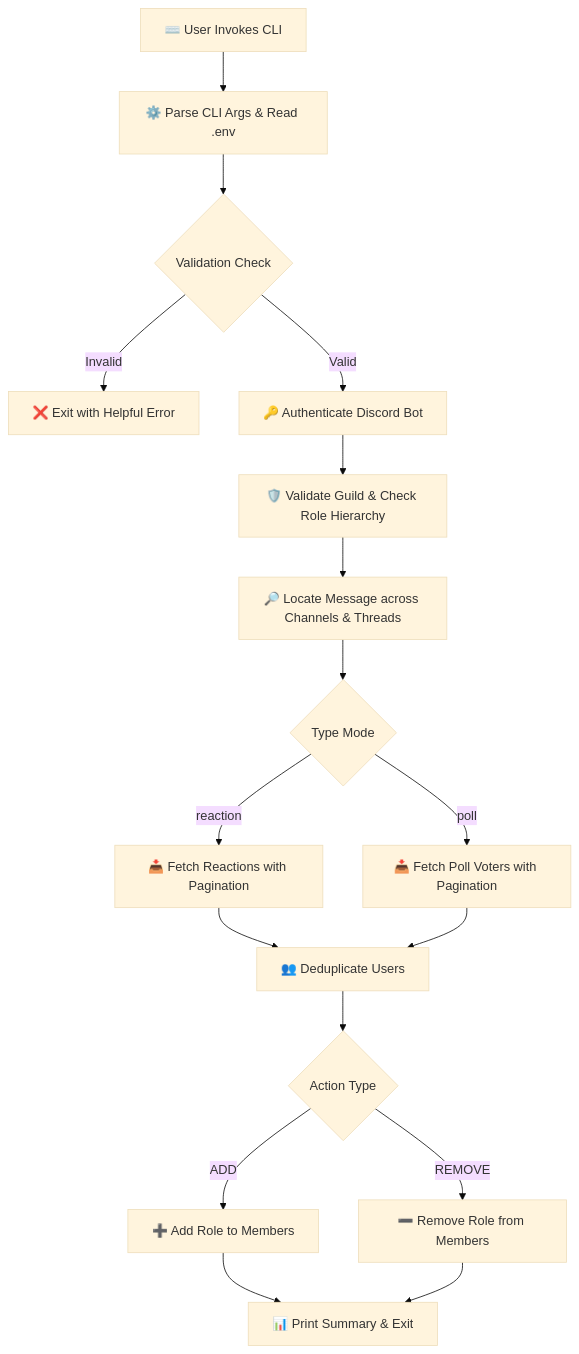
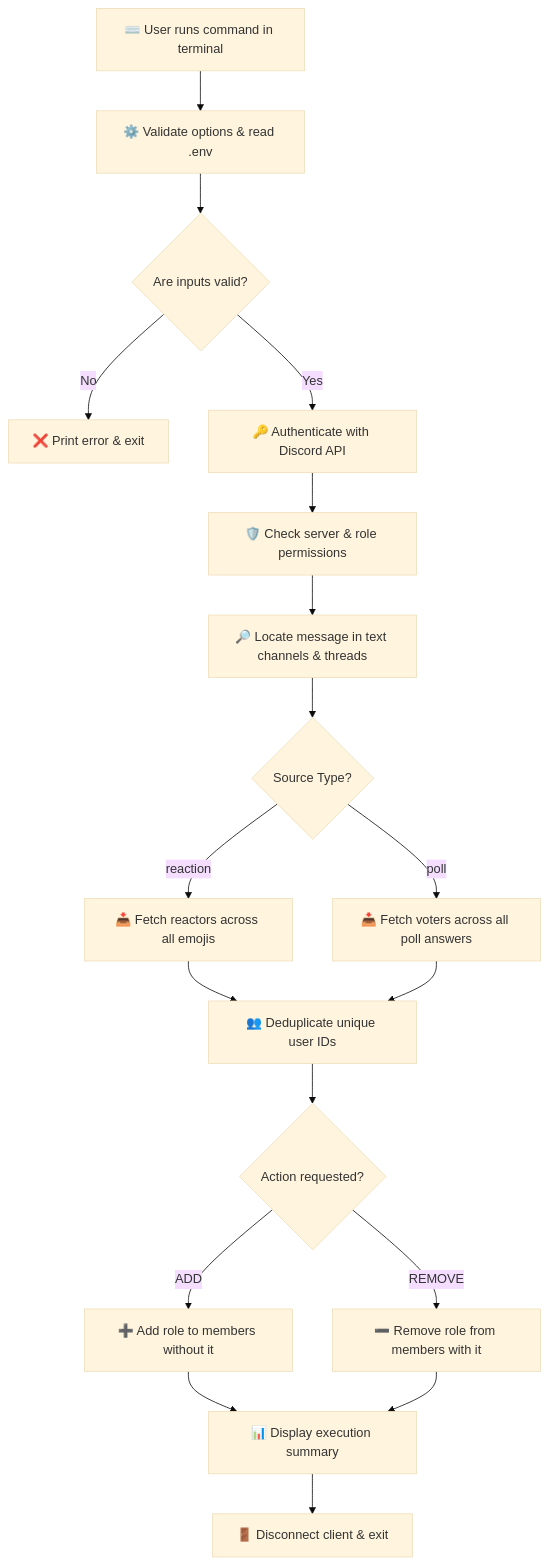
The diagram in README.md (ayoabimbola16-oss/discord-reaction-role-manager), drawn with Mermaid (base theme) before and after one commit. The commit also changed other lines of this file, not shown here.

````diff
--- a/README.md
+++ b/README.md
@@ -60,19 +70,20 @@
 ```mermaid
 flowchart TD
-    A[⌨️ User Invokes CLI] --> B[⚙️ Parse CLI Args & Read .env]
-    B --> C{Validation Check}
-    C -- Invalid --> D[❌ Exit with Helpful Error]
-    C -- Valid --> E[🔑 Authenticate Discord Bot]
-    E --> F[🛡️ Validate Guild & Check Role Hierarchy]
-    F --> G[🔎 Locate Message across Channels & Threads]
-    G --> H{Type Mode}
-    H -- reaction --> I[📥 Fetch Reactions with Pagination]
-    H -- poll --> J[📥 Fetch Poll Voters with Pagination]
-    I --> K[👥 Deduplicate Users]
+    A[⌨️ User runs command in terminal] --> B[⚙️ Validate options & read .env]
+    B --> C{Are inputs valid?}
+    C -- No --> D[❌ Print error & exit]
+    C -- Yes --> E[🔑 Authenticate with Discord API]
+    E --> F[🛡️ Check server & role permissions]
+    F --> G[🔎 Locate message in text channels & threads]
+    G --> H{Source Type?}
+    H -- reaction --> I[📥 Fetch reactors across all emojis]
+    H -- poll --> J[📥 Fetch voters across all poll answers]
+    I --> K[👥 Deduplicate unique user IDs]
     J --> K
-    K --> L{Action Type}
-    L -- ADD --> M[➕ Add Role to Members]
-    L -- REMOVE --> N[➖ Remove Role from Members]
-    M --> O[📊 Print Summary & Exit]
+    K --> L{Action requested?}
+    L -- ADD --> M[➕ Add role to members without it]
+    L -- REMOVE --> N[➖ Remove role from members with it]
+    M --> O[📊 Display execution summary]
     N --> O
+    O --> P[🚪 Disconnect client & exit]
 ```
````
